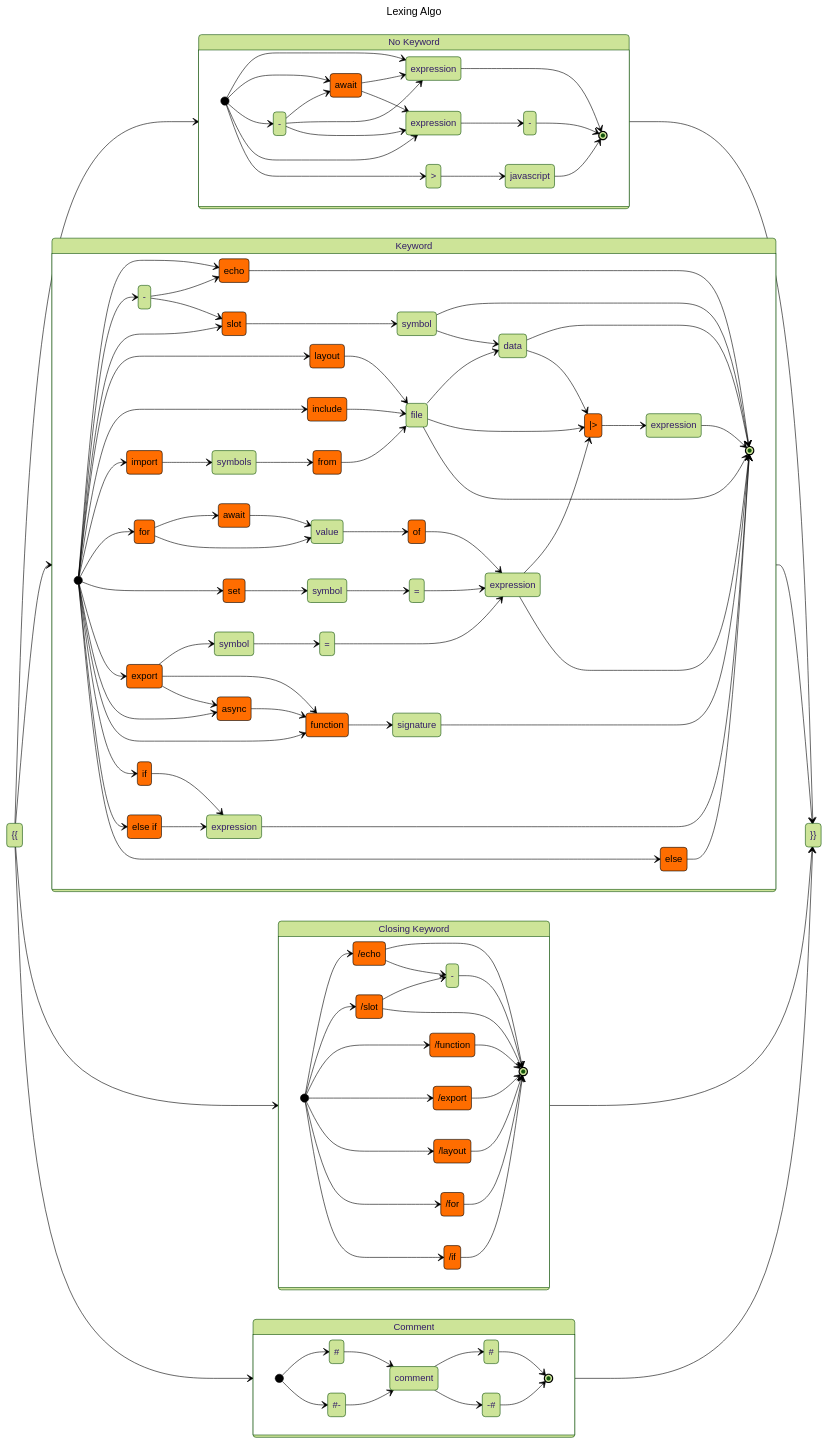
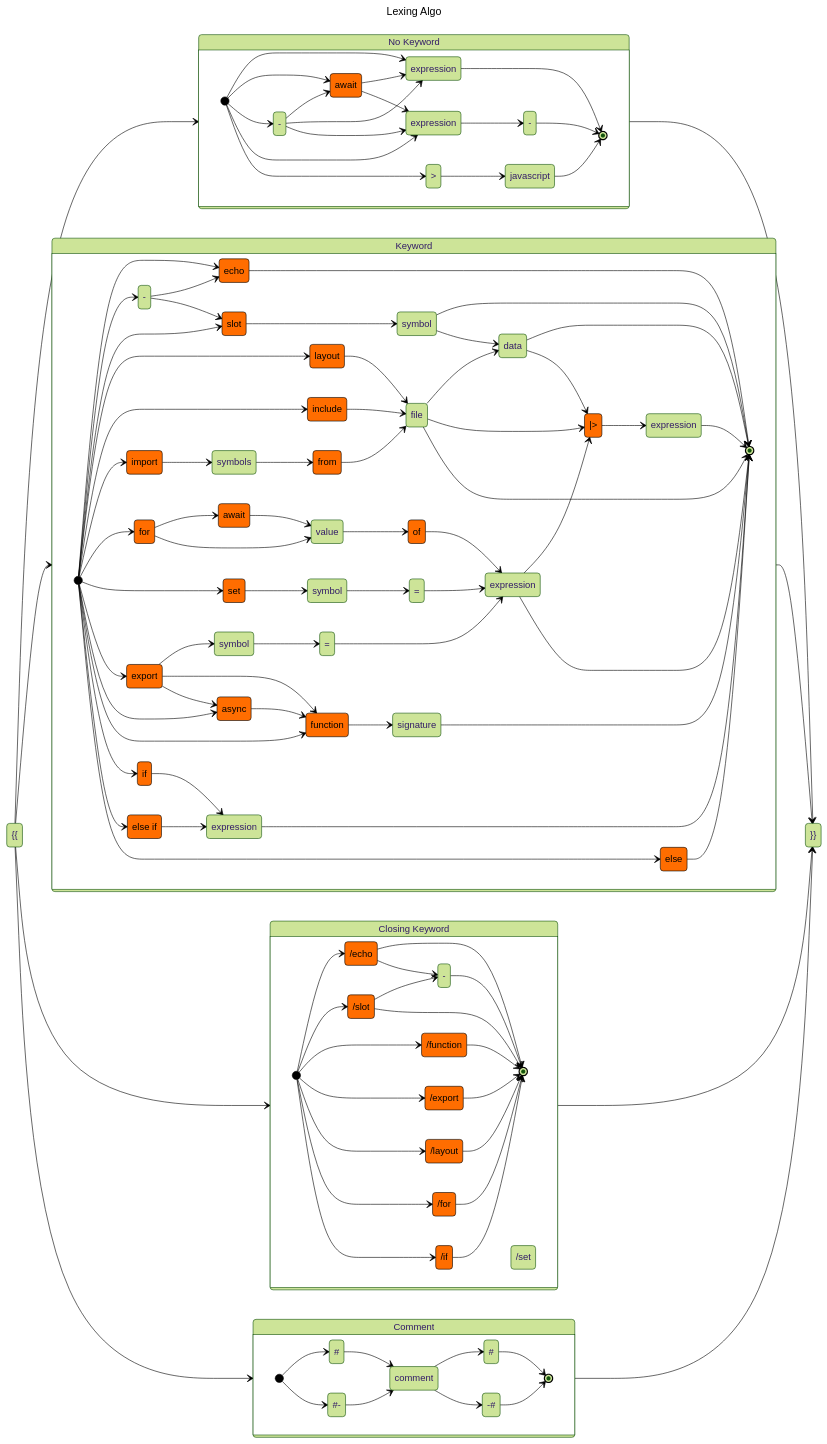
One commit to ventojs/webstorm-vento changed the first of 12 diagrams in statemachine-v2.md. Above: the diagram before and after it, drawn with Mermaid. The commit also changed 41 other files, not shown here.

```diff
--- a/statemachine-v2.md
+++ b/statemachine-v2.md
@@ -21,17 +21,17 @@
         direction LR
 
         state "echo" as echo
+        state "else if" as elseif
+        state "else" as else
+        state "export" as export
+        state "for" as for
         state "function" as function
+        state "if" as if
         state "import" as import
-        state "export" as export
+        state "include" as include
         state "layout" as layout
-        state "include" as include
         state "set" as set
         state "slot" as slot
-        state "for" as for
-        state "if" as if
-        state "else" as else
-        state "else if" as elseif
         state "signature" as statement0
 
 
@@ -125,12 +125,13 @@
     state ckeyword {
         direction LR
         state "/echo" as cecho
+        state "/export" as cexport
+        state "/for" as cfor
         state "/function" as cfunction
-        state "/export" as cexport
+        state "/if" as cif
         state "/layout" as clayout
+        state "/set" as cset
         state "/slot" as cslot
-        state "/for" as cfor
-        state "/if" as cif
         state "-" as cktrim
         [*] --> cecho
         [*] --> cslot
```
